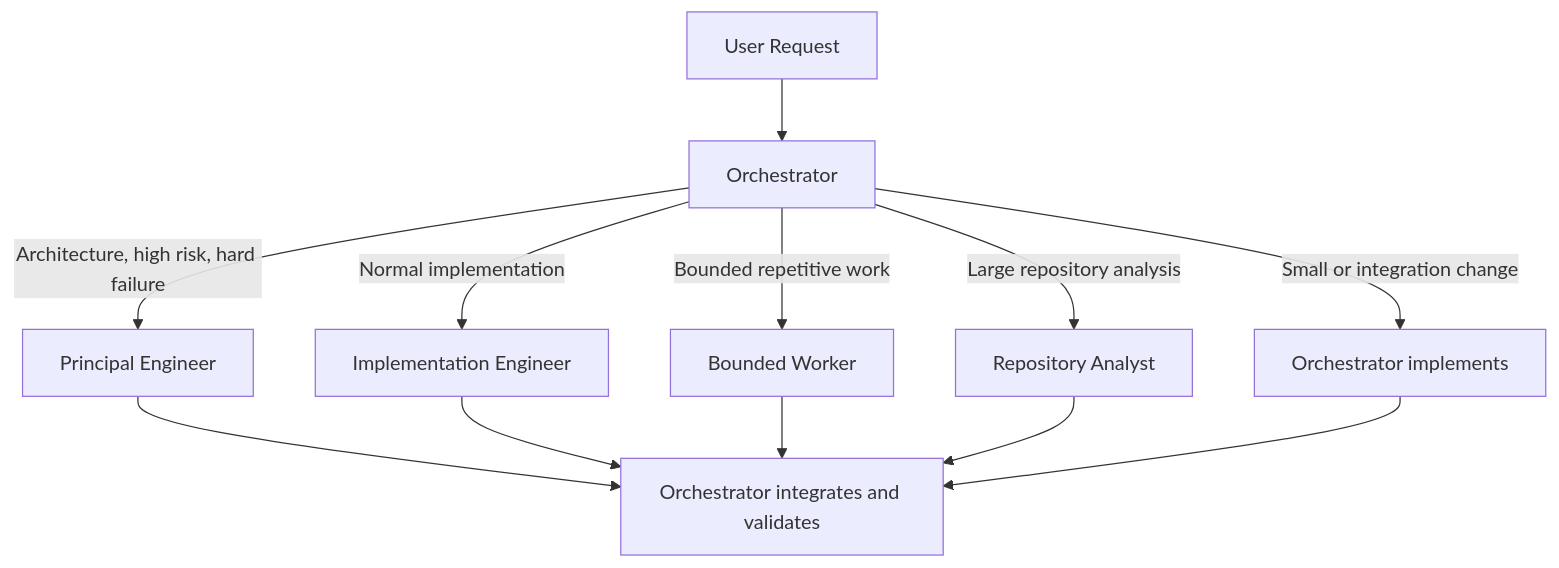
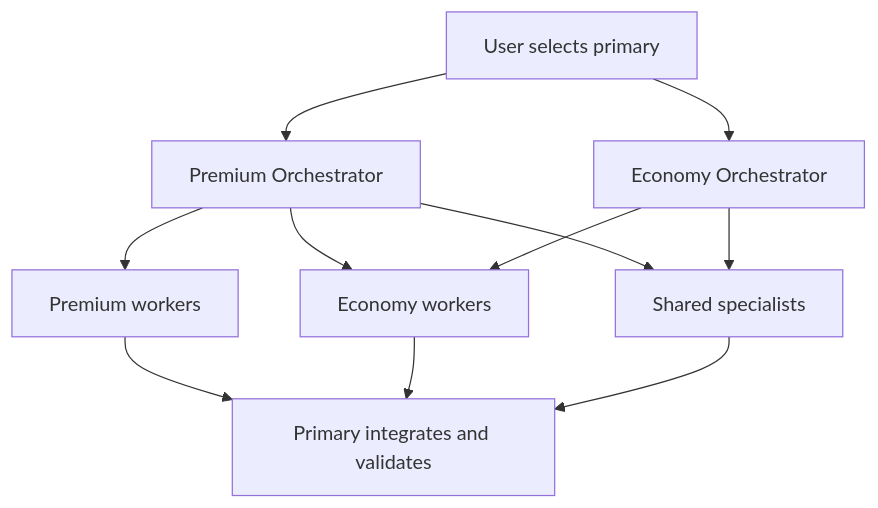
One commit to madsoftwaredev/opencode-config changed the first of 3 diagrams in README.md. Above: the diagram before and after it, drawn with Mermaid. The commit also changed other lines of this file and 31 other files, not shown here.

````diff
--- a/README.md
+++ b/README.md
@@ -81,14 +147,13 @@
 ```mermaid
 flowchart TD
-    A[User Request] --> T[Orchestrator]
-    T -->|Architecture, high risk, hard failure| S[Principal Engineer]
-    T -->|Normal implementation| L[Implementation Engineer]
-    T -->|Bounded repetitive work| D[Bounded Worker]
-    T -->|Large repository analysis| G[Repository Analyst]
-    T -->|Small or integration change| I[Orchestrator implements]
-    S --> V[Orchestrator integrates and validates]
-    L --> V
-    D --> V
-    G --> V
-    I --> V
+    A[User selects primary] --> T[Premium Orchestrator]
+    A --> E[Economy Orchestrator]
+    T --> P[Premium workers]
+    T --> C[Economy workers]
+    E --> C
+    T --> S[Shared specialists]
+    E --> S
+    P --> V[Primary integrates and validates]
+    C --> V
+    S --> V
 ```
````
